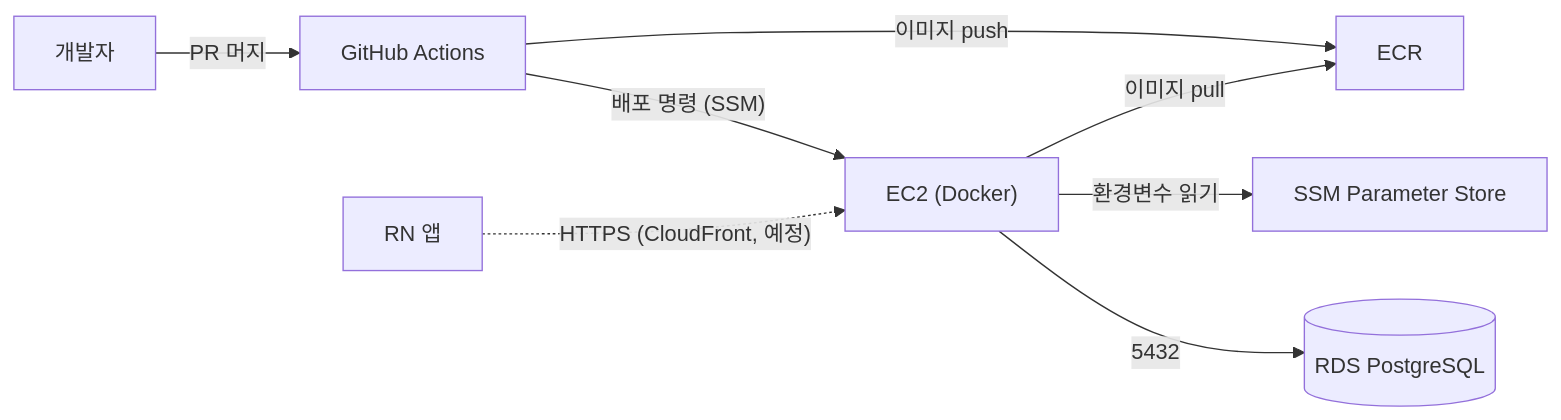
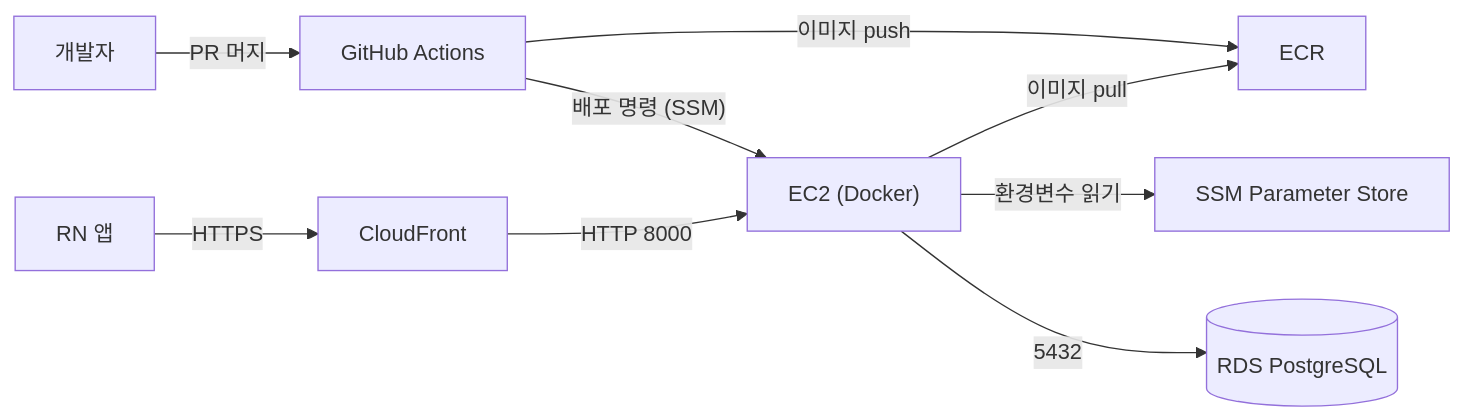
Before and after one commit to snuhcs-course/swpp-2026-project-team-08: the first of 2 diagrams in server/docs/deploy.md, drawn with Mermaid. The commit also changed other lines of this file, not shown here.

Commit message:
docs: CloudFront 정보 업데이트

````diff
--- a/server/docs/deploy.md
+++ b/server/docs/deploy.md
@@ -10,10 +10,11 @@
 ```mermaid
 flowchart LR
   Dev["개발자"] -- "PR 머지" --> GH["GitHub Actions"]
   GH -- "이미지 push" --> ECR["ECR"]
   GH -- "배포 명령 (SSM)" --> EC2["EC2 (Docker)"]
   EC2 -- "이미지 pull" --> ECR
   EC2 -- "환경변수 읽기" --> SSM["SSM Parameter Store"]
   EC2 -- "5432" --> RDS[("RDS PostgreSQL")]
-  App["RN 앱"] -. "HTTPS (CloudFront, 예정)" .-> EC2
+  App["RN 앱"] -- "HTTPS" --> CF["CloudFront"]
+  CF -- "HTTP 8000" --> EC2
 ```
````
